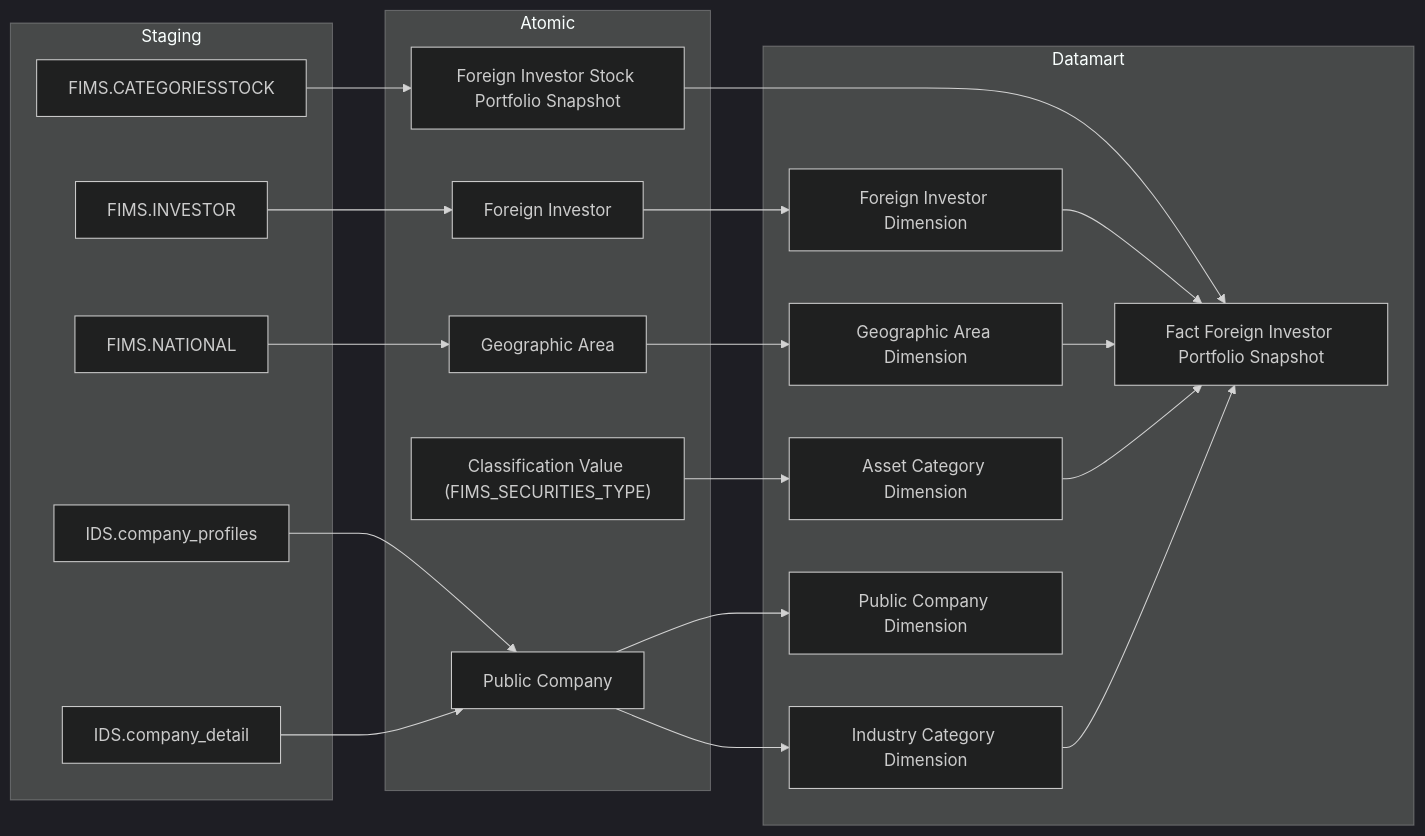
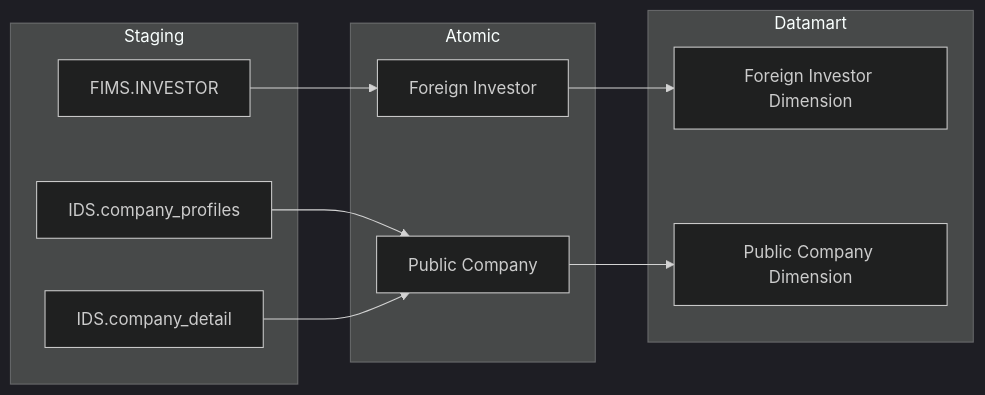
Before and after one commit to linhlvit/ubck_atomic_design: the third of 28 diagrams in Datamart/hld/DTM_NDTNN_HLD.md, drawn with Mermaid (dark theme). The commit also changed other lines of this file and 9 other files, not shown here.

````diff
--- a/Datamart/hld/DTM_NDTNN_HLD.md
+++ b/Datamart/hld/DTM_NDTNN_HLD.md
@@ -89,45 +101,25 @@
 ```mermaid
 flowchart LR
     subgraph SRC["Staging"]
-        S1["FIMS.CATEGORIESSTOCK"]
         S2["FIMS.INVESTOR"]
-        S3["FIMS.NATIONAL"]
         S4["IDS.company_profiles"]
         S5["IDS.company_detail"]
     end
 
     subgraph SIL["Atomic"]
-        SV1["Foreign Investor Stock Portfolio Snapshot"]
         SV2["Foreign Investor"]
-        SV3["Geographic Area"]
         SV4["Public Company"]
-        SV5["Classification Value (FIMS_SECURITIES_TYPE)"]
     end
 
     subgraph Datamart["Datamart"]
-        G4["Asset Category Dimension"]
         G2["Foreign Investor Dimension"]
-        G3["Geographic Area Dimension"]
-        G5["Industry Category Dimension"]
         G6["Public Company Dimension"]
-        G1["Fact Foreign Investor Portfolio Snapshot"]
     end
 
-    S1 --> SV1
     S2 --> SV2
-    S3 --> SV3
     S4 --> SV4
     S5 --> SV4
 
-    SV1 --> G1
     SV2 --> G2
-    SV3 --> G3
-    SV4 --> G5
     SV4 --> G6
-    SV5 --> G4
-
-    G2 --> G1
-    G3 --> G1
-    G4 --> G1
-    G5 --> G1
 ```
````
